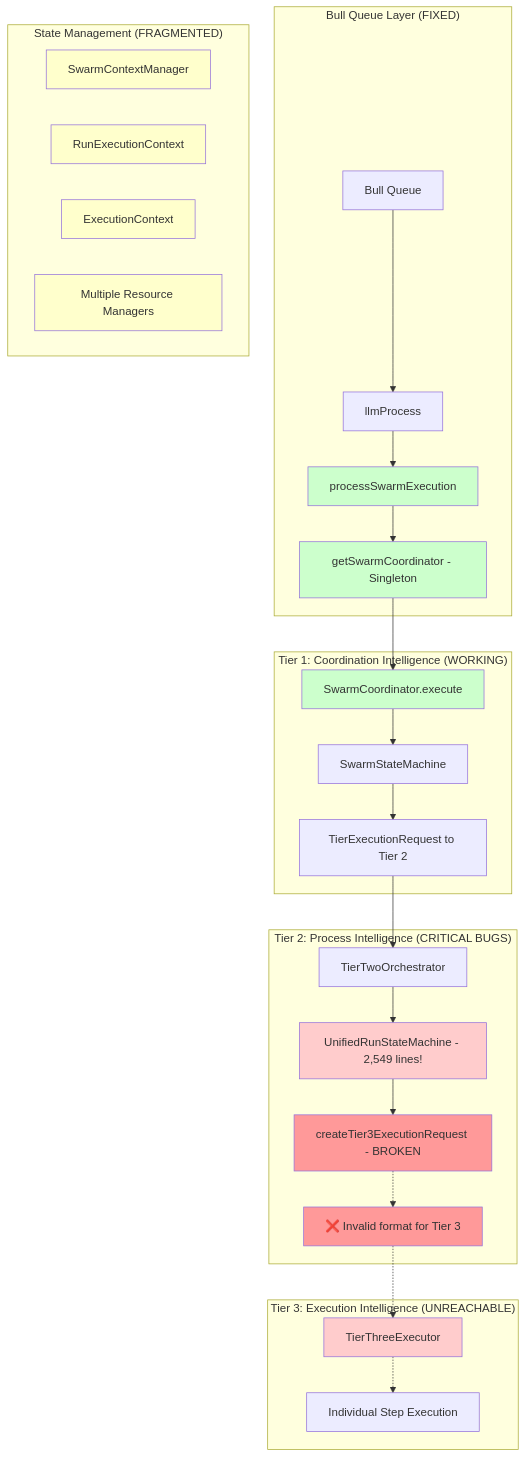
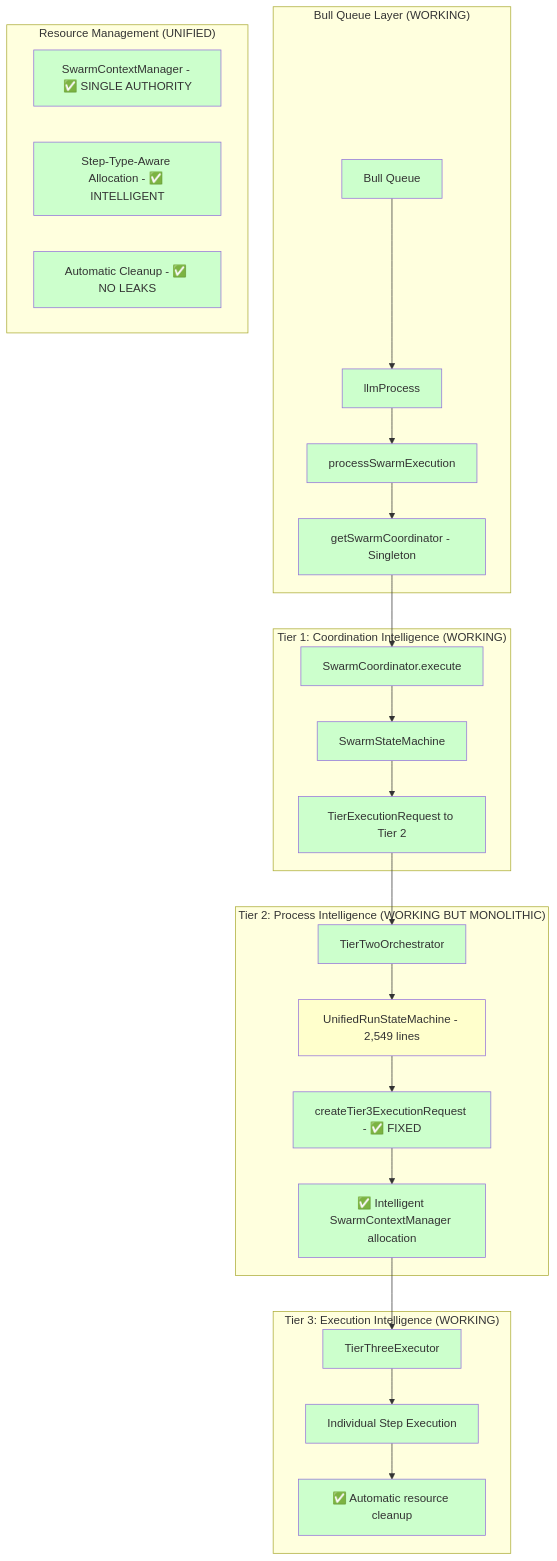
Before and after one commit to Vrooli/Vrooli: the first of 6 diagrams in packages/server/src/services/execution/EXECUTION_FLOW_ANALYSIS.md, drawn with Mermaid. The commit also changed other lines of this file and 84 other files, not shown here.

Commit message:
execution architecture refactor p9

````diff
--- a/packages/server/src/services/execution/EXECUTION_FLOW_ANALYSIS.md
+++ b/packages/server/src/services/execution/EXECUTION_FLOW_ANALYSIS.md
@@ -27,46 +27,52 @@
 ```mermaid
 graph TB
-    subgraph "Bull Queue Layer (FIXED)"
+    subgraph "Bull Queue Layer (WORKING)"
         A[Bull Queue] --> B[llmProcess]
         B --> C[processSwarmExecution]
         C --> D[getSwarmCoordinator - Singleton]
     end
     
     subgraph "Tier 1: Coordination Intelligence (WORKING)"
         D --> E[SwarmCoordinator.execute]
         E --> F[SwarmStateMachine]
         F --> G[TierExecutionRequest to Tier 2]
     end
     
-    subgraph "Tier 2: Process Intelligence (CRITICAL BUGS)"
+    subgraph "Tier 2: Process Intelligence (WORKING BUT MONOLITHIC)"
         G --> H[TierTwoOrchestrator]
-        H --> I[UnifiedRunStateMachine - 2,549 lines!]
-        I --> J[createTier3ExecutionRequest - BROKEN]
-        J -.-> K[❌ Invalid format for Tier 3]
+        H --> I[UnifiedRunStateMachine - 2,549 lines]
+        I --> J[createTier3ExecutionRequest - ✅ FIXED]
+        J --> K[✅ Intelligent SwarmContextManager allocation]
     end
     
-    subgraph "Tier 3: Execution Intelligence (UNREACHABLE)"
-        K -.-> L[TierThreeExecutor]
-        L -.-> M[Individual Step Execution]
+    subgraph "Tier 3: Execution Intelligence (WORKING)"
+        K --> L[TierThreeExecutor]
+        L --> M[Individual Step Execution]
+        M --> N[✅ Automatic resource cleanup]
     end
     
-    subgraph "State Management (FRAGMENTED)"
-        N[SwarmContextManager]
-        O[RunExecutionContext]
-        P[ExecutionContext]
-        Q[Multiple Resource Managers]
+    subgraph "Resource Management (UNIFIED)"
+        O[SwarmContextManager - ✅ SINGLE AUTHORITY]
+        P[Step-Type-Aware Allocation - ✅ INTELLIGENT]
+        Q[Automatic Cleanup - ✅ NO LEAKS]
     end
     
     %% Color coding for status
+    style A fill:#ccffcc
+    style B fill:#ccffcc
     style C fill:#ccffcc
     style D fill:#ccffcc
     style E fill:#ccffcc
-    style I fill:#ffcccc
-    style J fill:#ff9999
-    style K fill:#ff9999
-    style L fill:#ffcccc
-    style N fill:#ffffcc
-    style O fill:#ffffcc
-    style P fill:#ffffcc
-    style Q fill:#ffffcc
+    style F fill:#ccffcc
+    style G fill:#ccffcc
+    style H fill:#ccffcc
+    style I fill:#ffffcc
+    style J fill:#ccffcc
+    style K fill:#ccffcc
+    style L fill:#ccffcc
+    style M fill:#ccffcc
+    style N fill:#ccffcc
+    style O fill:#ccffcc
+    style P fill:#ccffcc
+    style Q fill:#ccffcc
 ```
````
